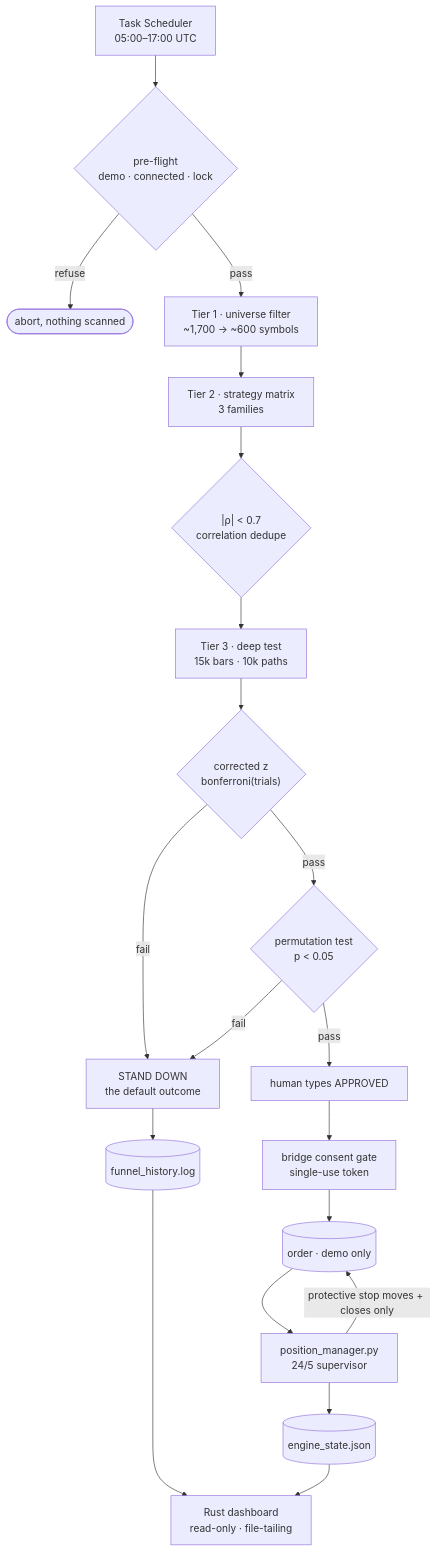
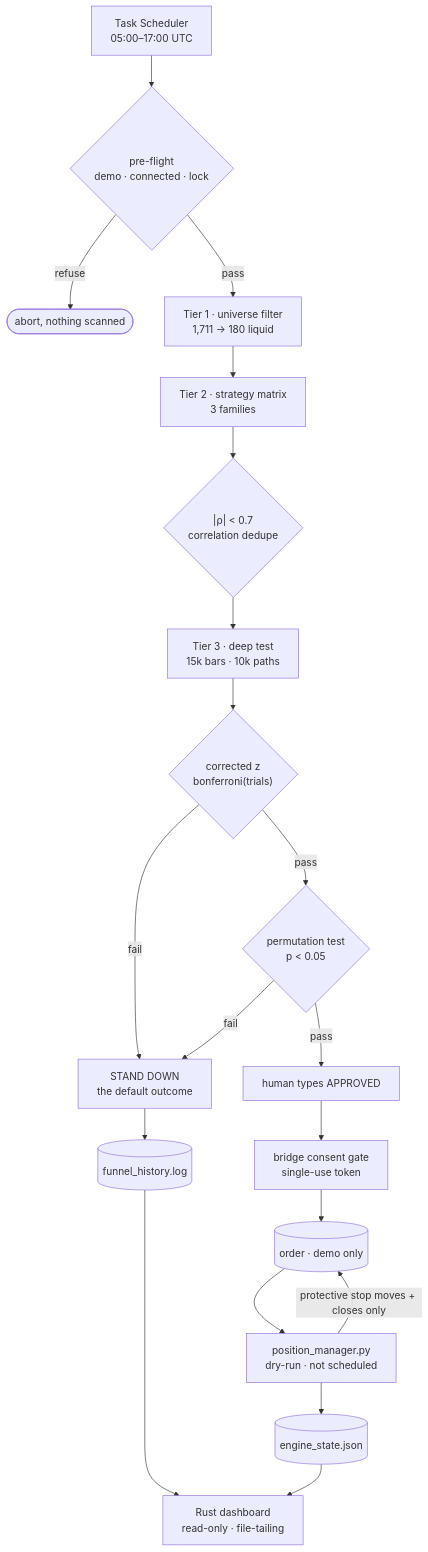
The diagram in README.md (youcisla/Zero-Trust-Trader), drawn with Mermaid before and after one commit. The commit also changed other lines of this file and 25 other files, not shown here.

````diff
--- a/README.md
+++ b/README.md
@@ -133,24 +133,24 @@
 ```mermaid
 flowchart TD
     SCH["Task Scheduler<br/>05:00–17:00 UTC"] --> PRE{"pre-flight<br/>demo · connected · lock"}
     PRE -->|refuse| STOP1([abort, nothing scanned])
-    PRE -->|pass| T1["Tier 1 · universe filter<br/>~1,700 → ~600 symbols"]
+    PRE -->|pass| T1["Tier 1 · universe filter<br/>1,711 → 180 liquid"]
     T1 --> T2["Tier 2 · strategy matrix<br/>3 families"]
     T2 --> DED{"|ρ| < 0.7<br/>correlation dedupe"}
     DED --> T3["Tier 3 · deep test<br/>15k bars · 10k paths"]
     T3 --> Z{"corrected z<br/>bonferroni(trials)"}
     Z -->|fail| SD["STAND DOWN<br/>the default outcome"]
     Z -->|pass| P{"permutation test<br/>p < 0.05"}
     P -->|fail| SD
     P -->|pass| HUMAN["human types APPROVED"]
     HUMAN --> BRIDGE["bridge consent gate<br/>single-use token"]
     BRIDGE --> ORDER[("order · demo only")]
 
-    ORDER --> PM["position_manager.py<br/>24/5 supervisor"]
+    ORDER --> PM["position_manager.py<br/>dry-run · not scheduled"]
     PM -->|"protective stop moves + closes only"| ORDER
 
     PM --> STATE[("engine_state.json")]
     SD --> LOG[("funnel_history.log")]
     STATE --> DASH["Rust dashboard<br/>read-only · file-tailing"]
     LOG --> DASH
 ```
````
